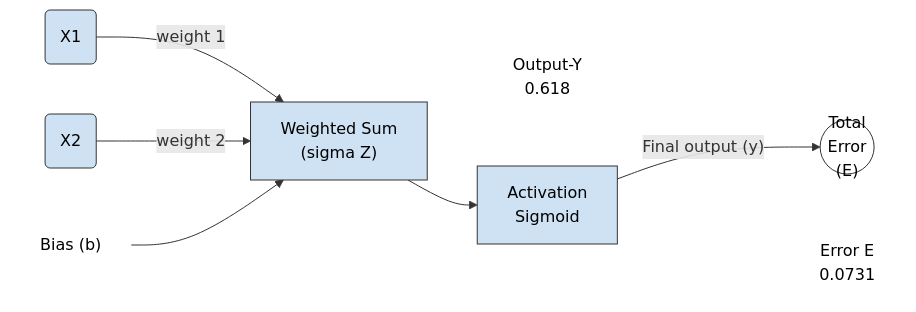
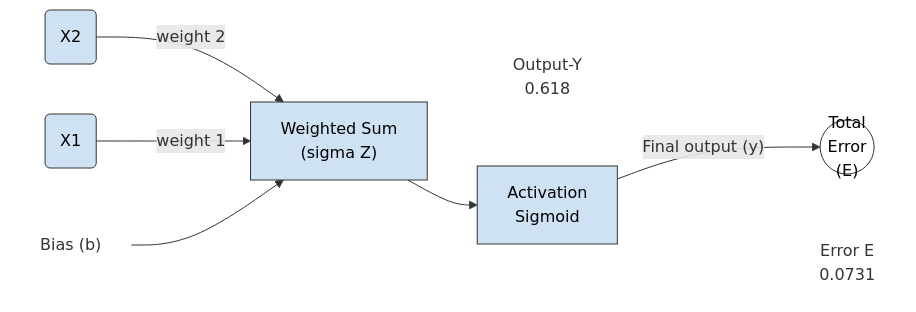
One commit to melindaox0103/2026-2027-AI-Class-Infihhnite changed the fifth of 5 diagrams in content/introduction-to-connectionist-ai.md. Above: the diagram before and after it, drawn with Mermaid. The commit also changed other lines of this file, not shown here.

````diff
--- a/content/introduction-to-connectionist-ai.md
+++ b/content/introduction-to-connectionist-ai.md
@@ -1223,25 +1227,25 @@
 ```mermaid
 flowchart LR
-    R1["Output-Y<br/>0.618"]
-    R2["Error E<br/>0.0731"]
     B["Bias (b)"]
     X1("X1")
     X2("X2")
+    R1["Output-Y<br/>0.618"]
+    R2["Error E<br/>0.0731"]
     S["Weighted Sum<br/>(sigma Z)"]
     A["Activation<br/>Sigmoid"]
     E(("Total<br/>Error<br/>(E)"))
 
+    X2 -->|weight 2| S
     X1 -->|weight 1| S
-    X2 -->|weight 2| S
     B --> S
     S --> A
     A -->|"Final output (y)"| E
     S ~~~ R1
     A ~~~ R2
 
     classDef box fill:#cfe2f3,stroke:#333,color:#000
-    classDef plain fill:none,stroke:none,color:#000
+    classDef plain fill:none,stroke:none
     class X1,X2,S,A box
     class R1,R2,B plain
     style E fill:#fff,stroke:#333,color:#000
 ```
````
